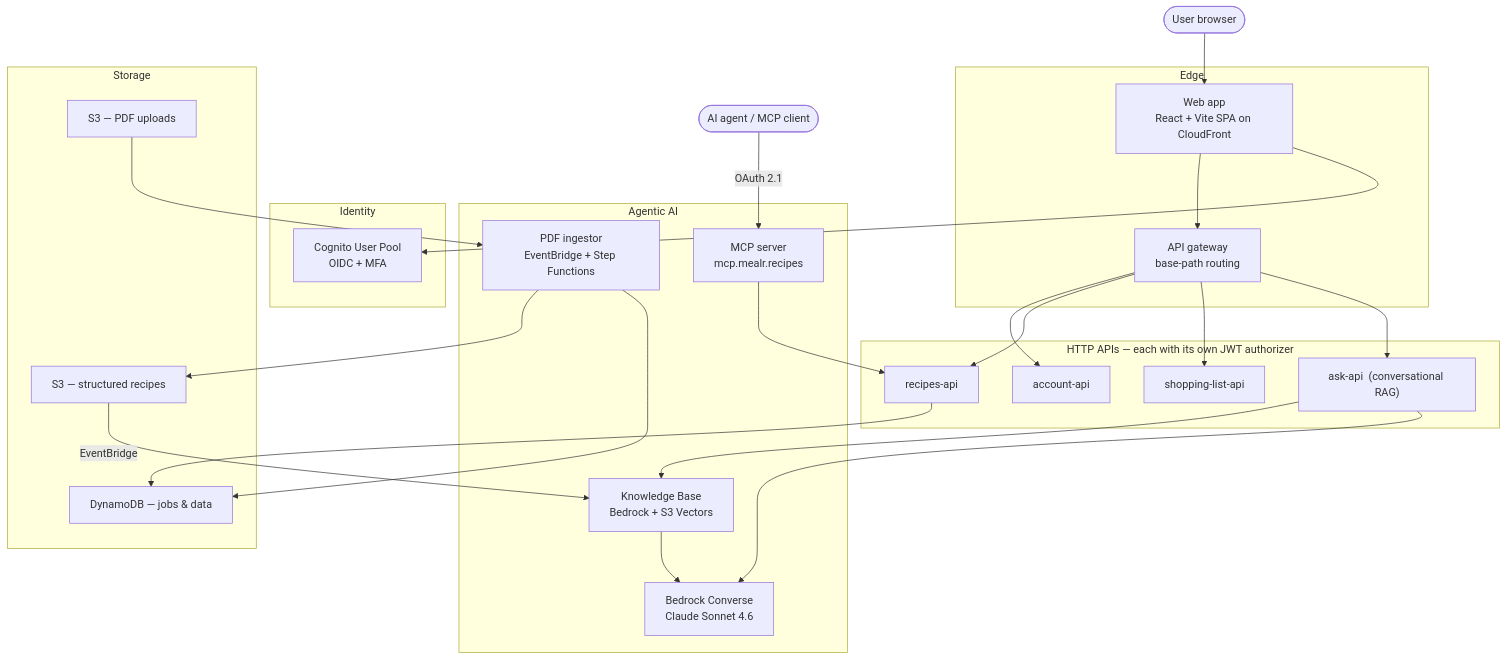
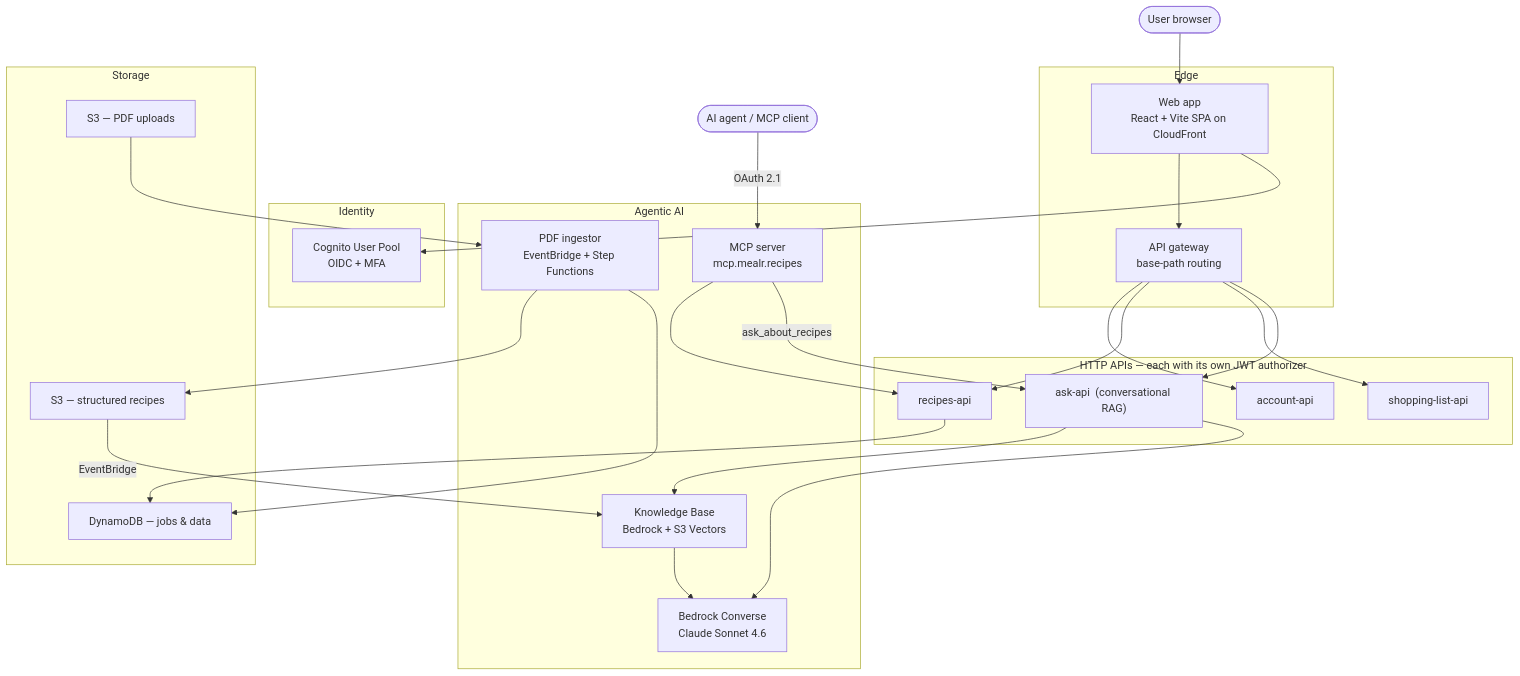
Before and after one commit to dbryant4/mealr-case-study: the diagram in README.md, drawn with Mermaid. The commit also changed other lines of this file and 3 other files, not shown here.

Commit message:
v1.2.0 — expand MCP toolset (incl. ask_about_recipes/RAG) and add marketing site

````diff
--- a/README.md
+++ b/README.md
@@ -69,46 +69,48 @@
 ```mermaid
 flowchart TB
   user(["User browser"])
 
   subgraph edge ["Edge"]
     web["Web app<br/>React + Vite SPA on CloudFront"]
     gw["API gateway<br/>base-path routing"]
   end
 
   subgraph identity ["Identity"]
     cognito["Cognito User Pool<br/>OIDC + MFA"]
   end
 
   subgraph apis ["HTTP APIs — each with its own JWT authorizer"]
     account["account-api"]
     recipes["recipes-api"]
     shopping["shopping-list-api"]
     ask["ask-api  (conversational RAG)"]
   end
 
   subgraph ai ["Agentic AI"]
     kb["Knowledge Base<br/>Bedrock + S3 Vectors"]
     bedrock["Bedrock Converse<br/>Claude Sonnet 4.6"]
     ingest["PDF ingestor<br/>EventBridge + Step Functions"]
     mcp["MCP server<br/>mcp.mealr.recipes"]
   end
 
   agent(["AI agent / MCP client"])
 
   subgraph data ["Storage"]
     s3in["S3 — PDF uploads"]
     s3out["S3 — structured recipes"]
     ddb["DynamoDB — jobs & data"]
   end
 
   user --> web --> gw
   web --> cognito
   gw --> account & recipes & shopping & ask
   s3in --> ingest --> s3out
   s3out -- EventBridge --> kb
   ask --> kb --> bedrock
   ask --> bedrock
-  agent -- OAuth 2.1 --> mcp --> recipes
+  agent -- OAuth 2.1 --> mcp
+  mcp --> recipes
+  mcp -- ask_about_recipes --> ask
   recipes --> ddb
   ingest --> ddb
 ```
````
